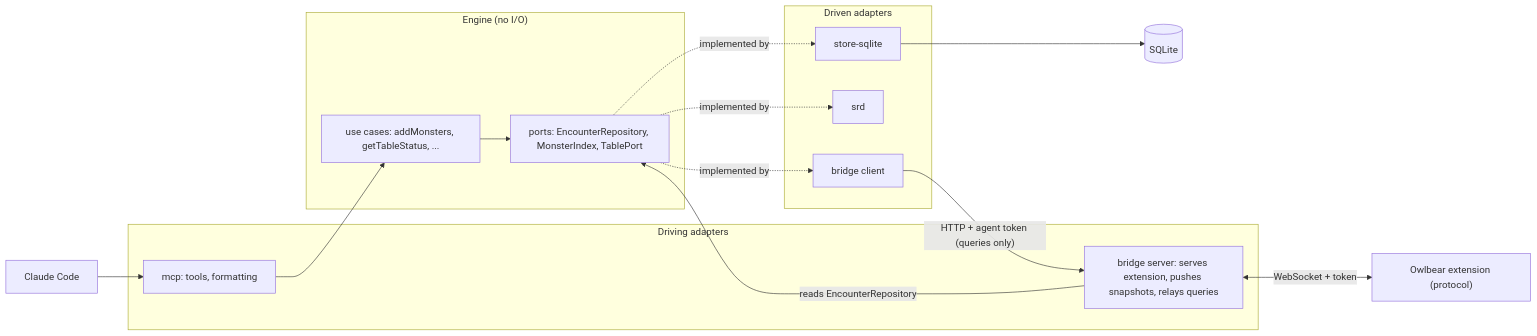
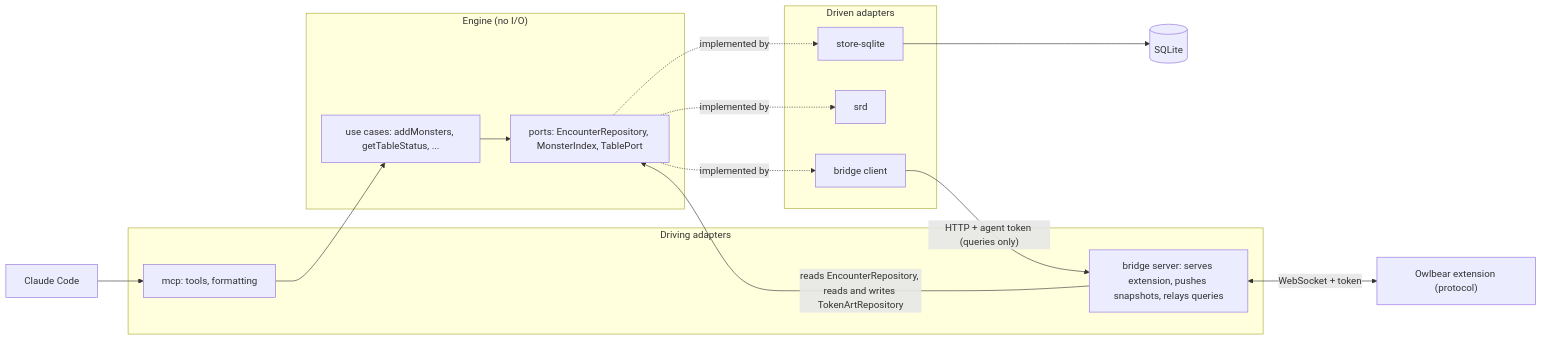
The first of 2 diagrams in docs/architecture.md (askrzypczak/ttrpg-agents), drawn with Mermaid before and after one commit. The commit also changed other lines of this file and 42 other files, not shown here.

First line of the commit message:
feat: token art from the Owlbear asset library (#29) (#179)

````diff
--- a/docs/architecture.md
+++ b/docs/architecture.md
@@ -7,26 +7,26 @@
 ```mermaid
 flowchart LR
   claude["Claude Code"] --> mcp
   subgraph driving["Driving adapters"]
     mcp["mcp: tools, formatting"]
     bsrv["bridge server: serves extension, pushes snapshots, relays queries"]
   end
   subgraph core["Engine (no I/O)"]
     uc["use cases: addMonsters, getTableStatus, ..."]
     ports["ports: EncounterRepository, MonsterIndex, TablePort"]
   end
   subgraph driven["Driven adapters"]
     store["store-sqlite"]
     srd["srd"]
     bclient["bridge client"]
   end
   mcp --> uc
-  bsrv -->|"reads EncounterRepository"| ports
+  bsrv -->|"reads EncounterRepository, reads and writes TokenArtRepository"| ports
   uc --> ports
   ports -.implemented by.-> store
   ports -.implemented by.-> srd
   ports -.implemented by.-> bclient
   store --> db[("SQLite")]
   bclient -->|"HTTP + agent token (queries only)"| bsrv
   bsrv <-->|"WebSocket + token"| ext["Owlbear extension (protocol)"]
 ```
````
